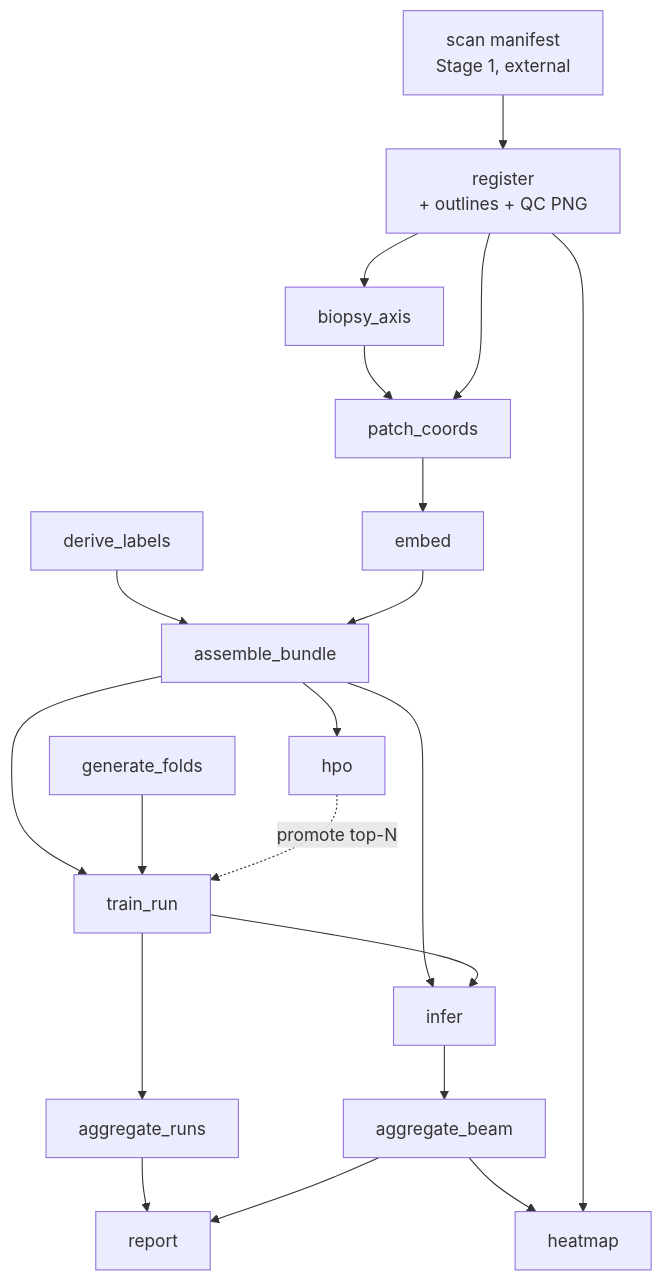
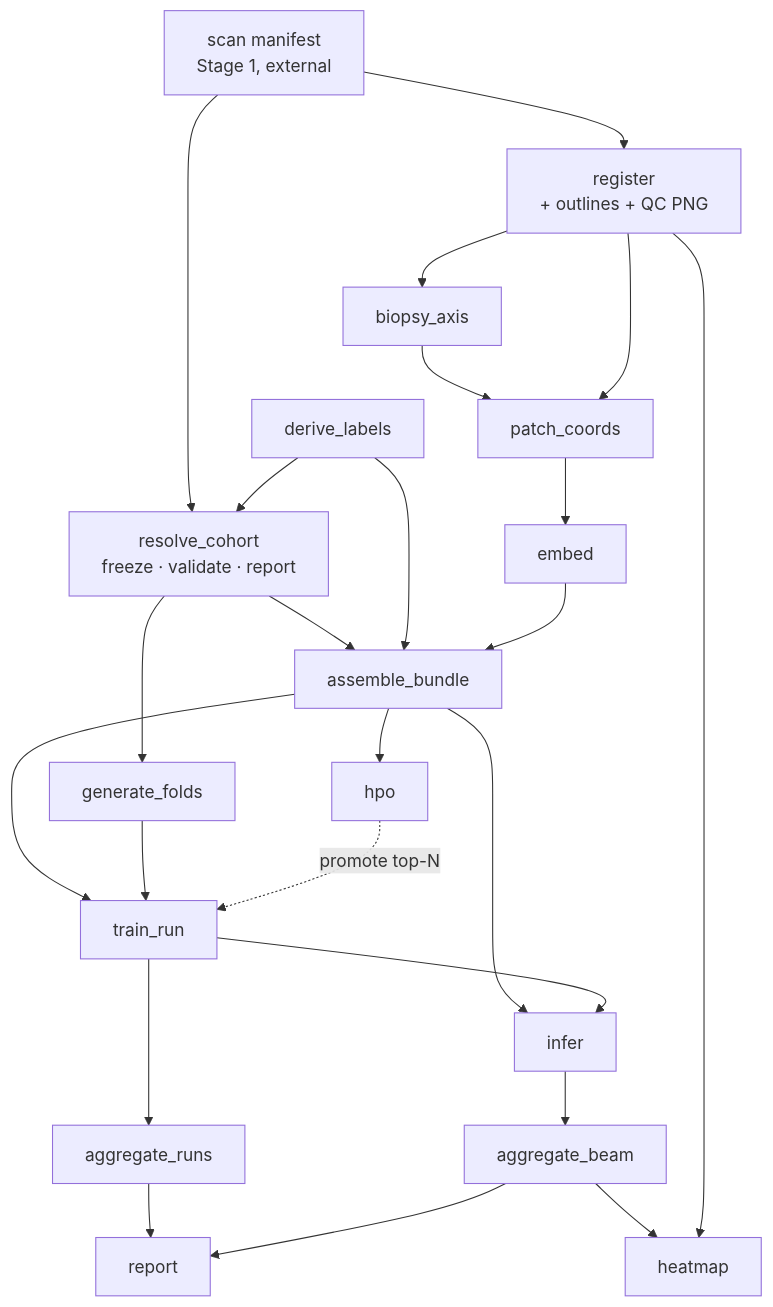
The diagram in docs/impl/workflow.md (TheodorLindberg/SPRINTER_CLAM_DESIGN), drawn with Mermaid before and after one commit. The commit also changed other lines of this file and 7 other files, not shown here.

````diff
--- a/docs/impl/workflow.md
+++ b/docs/impl/workflow.md
@@ -76,27 +79,31 @@
 ```mermaid
 flowchart TD
     M[scan manifest<br/>Stage 1, external] --> REG[register<br/>+ outlines + QC PNG]
     REG --> AX[biopsy_axis]
 
     AX --> PC[patch_coords]
     REG --> PC
     PC --> EMB[embed]
-    LB[derive_labels] --> BUN
+    M --> RC[resolve_cohort<br/>freeze · validate · report]
+    LB[derive_labels] --> RC
+    RC --> BUN
+    LB --> BUN
     EMB --> BUN[assemble_bundle]
 
     BUN --> TR[train_run]
-    FG[generate_folds] --> TR
+    RC --> FG[generate_folds]
+    FG --> TR
     BUN --> HPO[hpo]
     HPO -. promote top-N .-> TR
     TR --> AGG[aggregate_runs]
 
     BUN --> INF[infer]
     TR --> INF
     INF --> BEAM[aggregate_beam]
 
     BEAM --> HM[heatmap]
     REG --> HM
 
     AGG --> REP[report]
     BEAM --> REP
 ```
````
